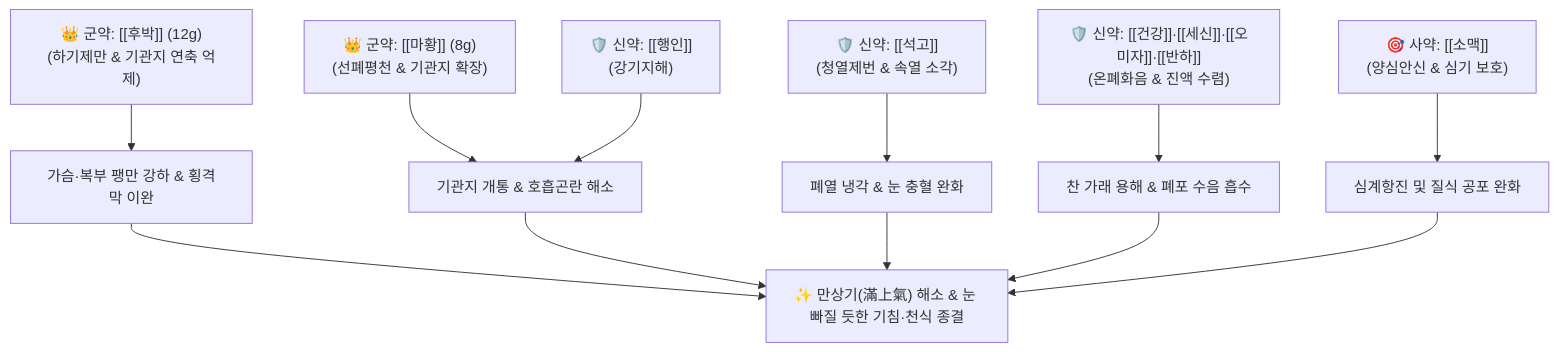
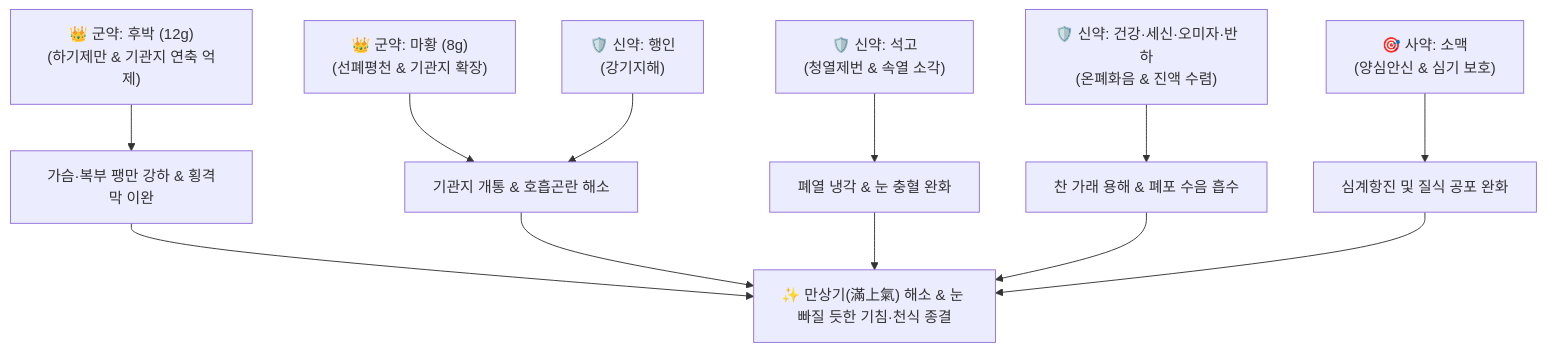
Before and after one commit to simbio11/simbio-digital-garden2: the diagram in content/2. 약리 공부/처방/03_화담·거습·이수제/후박마황탕.md, drawn with Mermaid. The commit also changed other lines of this file and 122 other files, not shown here.

````diff
--- a/content/2. 약리 공부/처방/03_화담·거습·이수제/후박마황탕.md
+++ b/content/2. 약리 공부/처방/03_화담·거습·이수제/후박마황탕.md
@@ -51,14 +51,14 @@
 ```mermaid
 graph TD
-    Gun1["👑 군약: [[후박]] (12g)<br>(하기제만 & 기관지 연축 억제)"] --> Down["가슴·복부 팽만 강하 & 횡격막 이완"]
-    Gun2["👑 군약: [[마황]] (8g)<br>(선폐평천 & 기관지 확장)"] --> OpenAir["기관지 개통 & 호흡곤란 해소"]
-    Sin1["🛡️ 신약: [[석고]]<br>(청열제번 & 속열 소각)"] --> Cool["폐열 냉각 & 눈 충혈 완화"]
-    Sin2["🛡️ 신약: [[건강]]·[[세신]]·[[오미자]]·[[반하]]<br>(온폐화음 & 진액 수렴)"] --> Melt["찬 가래 용해 & 폐포 수음 흡수"]
-    Sin3["🛡️ 신약: [[행인]]<br>(강기지해)"] --> OpenAir
-    Sa["🎯 사약: [[소맥]]<br>(양심안신 & 심기 보호)"] --> Calm["심계항진 및 질식 공포 완화"]
+    Gun1["👑 군약: 후박 (12g)<br>(하기제만 & 기관지 연축 억제)"] --> Down["가슴·복부 팽만 강하 & 횡격막 이완"]
+    Gun2["👑 군약: 마황 (8g)<br>(선폐평천 & 기관지 확장)"] --> OpenAir["기관지 개통 & 호흡곤란 해소"]
+    Sin1["🛡️ 신약: 석고<br>(청열제번 & 속열 소각)"] --> Cool["폐열 냉각 & 눈 충혈 완화"]
+    Sin2["🛡️ 신약: 건강·세신·오미자·반하<br>(온폐화음 & 진액 수렴)"] --> Melt["찬 가래 용해 & 폐포 수음 흡수"]
+    Sin3["🛡️ 신약: 행인<br>(강기지해)"] --> OpenAir
+    Sa["🎯 사약: 소맥<br>(양심안신 & 심기 보호)"] --> Calm["심계항진 및 질식 공포 완화"]
     Down --> Outcome["✨ 만상기(滿上氣) 해소 & 눈 빠질 듯한 기침·천식 종결"]
     OpenAir --> Outcome
     Cool --> Outcome
     Melt --> Outcome
     Calm --> Outcome
 ```
````
